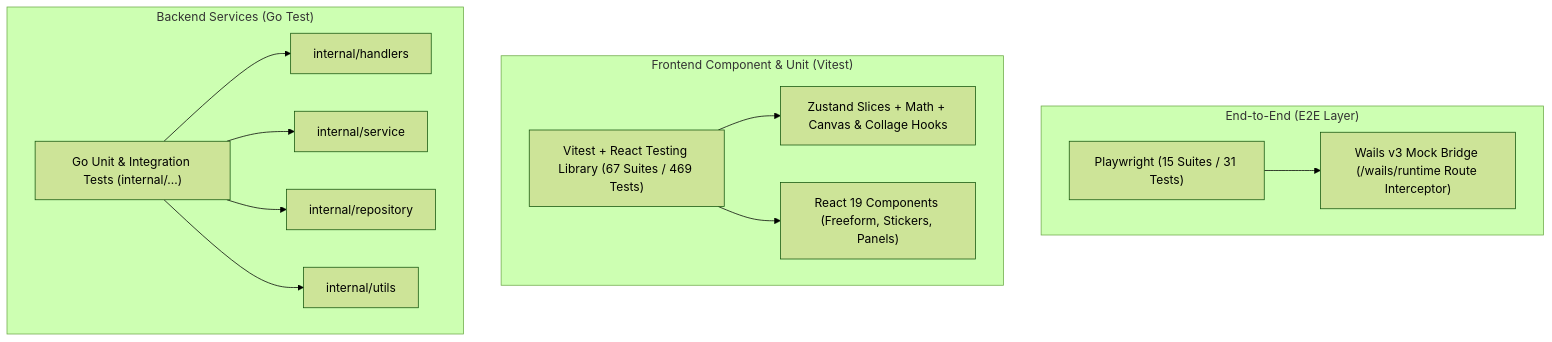
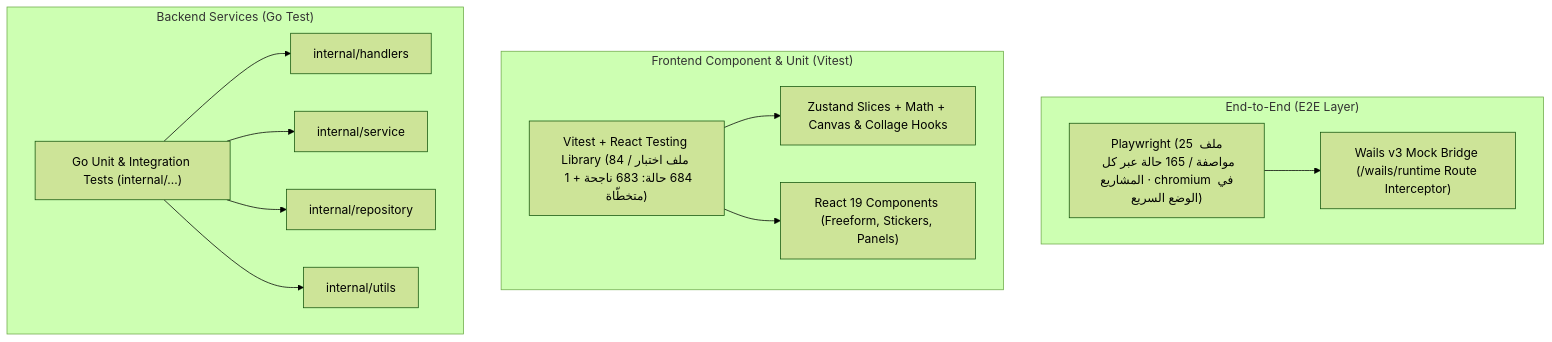
One commit to wisam79/grido changed the diagram in docs/testing_guide.md. Above: the diagram before and after it, drawn with Mermaid (forest theme). The commit also changed other lines of this file and 78 other files, not shown here.

````diff
--- a/docs/testing_guide.md
+++ b/docs/testing_guide.md
@@ -11,28 +11,28 @@
 ```mermaid
 flowchart TD
     subgraph E2E ["End-to-End (E2E Layer)"]
-        PW["Playwright (15 Suites / 31 Tests)"]
+        PW["Playwright (25 ملف مواصفة / 165 حالة عبر كل المشاريع · chromium في الوضع السريع)"]
         Bridge["Wails v3 Mock Bridge (/wails/runtime Route Interceptor)"]
         PW --> Bridge
     end
 
     subgraph FE ["Frontend Component & Unit (Vitest)"]
-        VTests["Vitest + React Testing Library (67 Suites / 469 Tests)"]
+        VTests["Vitest + React Testing Library (84 ملف اختبار / 684 حالة: 683 ناجحة + 1 متخطّاة)"]
         Zustand["Zustand Slices + Math + Canvas & Collage Hooks"]
         Comps["React 19 Components (Freeform, Stickers, Panels)"]
         VTests --> Zustand
         VTests --> Comps
     end
 
     subgraph BE ["Backend Services (Go Test)"]
         GoTests["Go Unit & Integration Tests (internal/...)"]
         Handlers["internal/handlers"]
         Services["internal/service"]
         Repo["internal/repository"]
         Utils["internal/utils"]
         GoTests --> Handlers
         GoTests --> Services
         GoTests --> Repo
         GoTests --> Utils
     end
 ```
````
